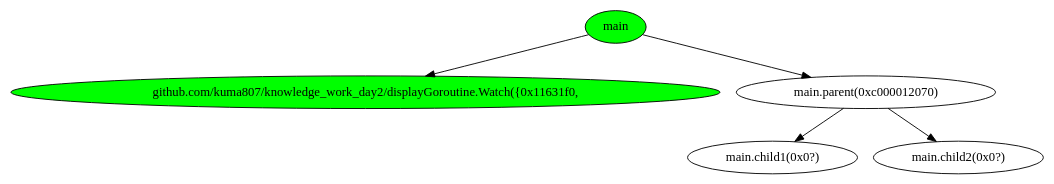
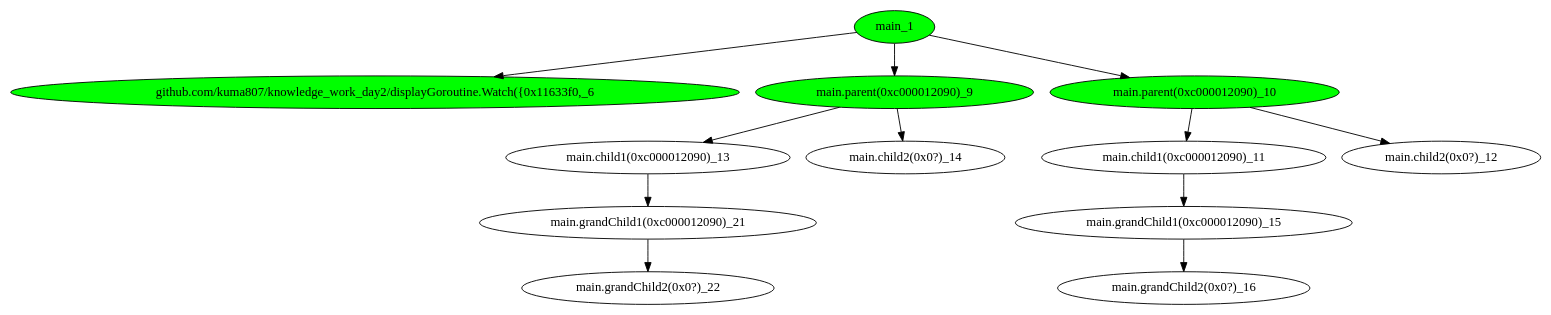
Before and after one commit to kuma807/knowledge_work_day2: the diagram in main_testGoroutine/tree_1.dot, drawn with Graphviz. The commit also changed 28 other files, not shown here.

```diff
--- a/main_testGoroutine/tree_1.dot
+++ b/main_testGoroutine/tree_1.dot
@@ -1,12 +1,26 @@
 digraph G {
-	"main"->"github.com/kuma807/knowledge_work_day2/displayGoroutine.Watch({0x11631f0,";
-	"main"->"main.parent(0xc000012070)";
-	"main.parent(0xc000012070)"->"main.child1(0x0?)";
-	"main.parent(0xc000012070)"->"main.child2(0x0?)";
-	"github.com/kuma807/knowledge_work_day2/displayGoroutine.Watch({0x11631f0," [ fillcolor="#00FF00", style="solid,filled" ];
-	"main" [ fillcolor="#00FF00", style="solid,filled" ];
-	"main.child1(0x0?)";
-	"main.child2(0x0?)";
-	"main.parent(0xc000012070)";
+	"main_1"->"github.com/kuma807/knowledge_work_day2/displayGoroutine.Watch({0x11633f0,_6";
+	"main_1"->"main.parent(0xc000012090)_9";
+	"main_1"->"main.parent(0xc000012090)_10";
+	"main.parent(0xc000012090)_10"->"main.child1(0xc000012090)_11";
+	"main.parent(0xc000012090)_10"->"main.child2(0x0?)_12";
+	"main.parent(0xc000012090)_9"->"main.child1(0xc000012090)_13";
+	"main.parent(0xc000012090)_9"->"main.child2(0x0?)_14";
+	"main.child1(0xc000012090)_11"->"main.grandChild1(0xc000012090)_15";
+	"main.grandChild1(0xc000012090)_15"->"main.grandChild2(0x0?)_16";
+	"main.child1(0xc000012090)_13"->"main.grandChild1(0xc000012090)_21";
+	"main.grandChild1(0xc000012090)_21"->"main.grandChild2(0x0?)_22";
+	"github.com/kuma807/knowledge_work_day2/displayGoroutine.Watch({0x11633f0,_6" [ fillcolor="#00FF00", style="solid,filled" ];
+	"main.child1(0xc000012090)_11";
+	"main.child1(0xc000012090)_13";
+	"main.child2(0x0?)_12";
+	"main.child2(0x0?)_14";
+	"main.grandChild1(0xc000012090)_15";
+	"main.grandChild1(0xc000012090)_21";
+	"main.grandChild2(0x0?)_16";
+	"main.grandChild2(0x0?)_22";
+	"main.parent(0xc000012090)_10" [ fillcolor="#00FF00", style="solid,filled" ];
+	"main.parent(0xc000012090)_9" [ fillcolor="#00FF00", style="solid,filled" ];
+	"main_1" [ fillcolor="#00FF00", style="solid,filled" ];
 
 }
```
